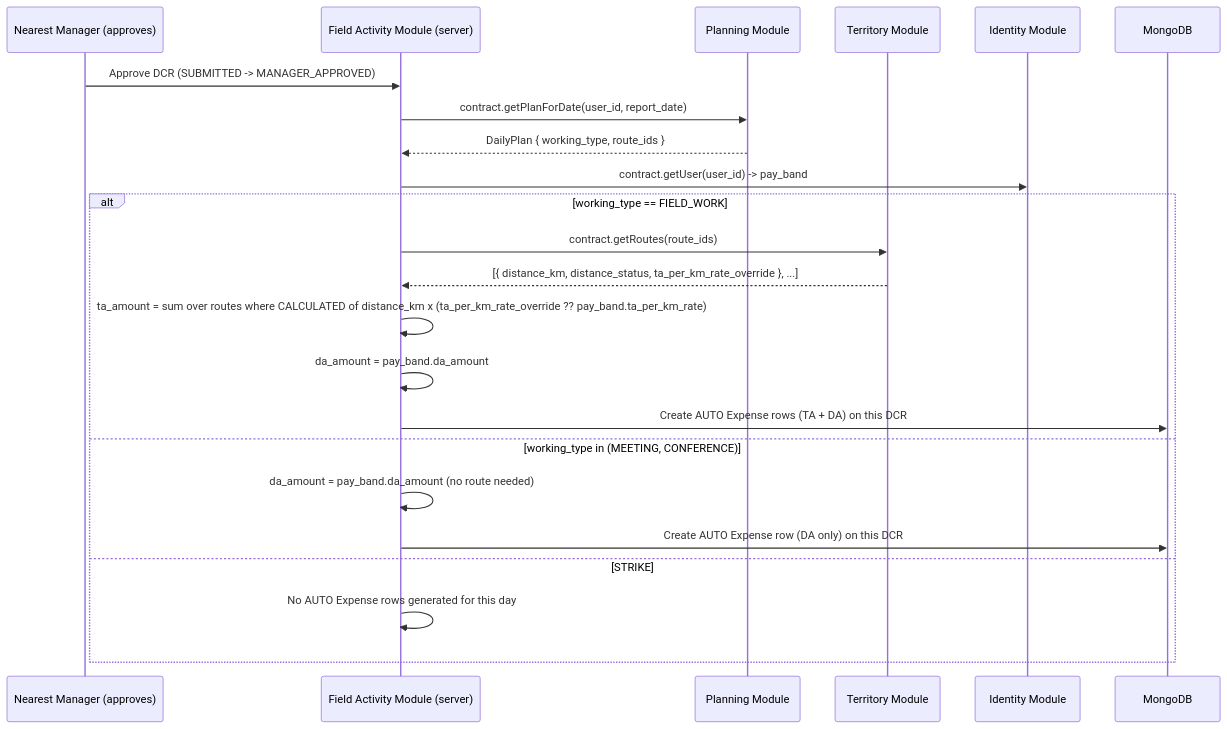
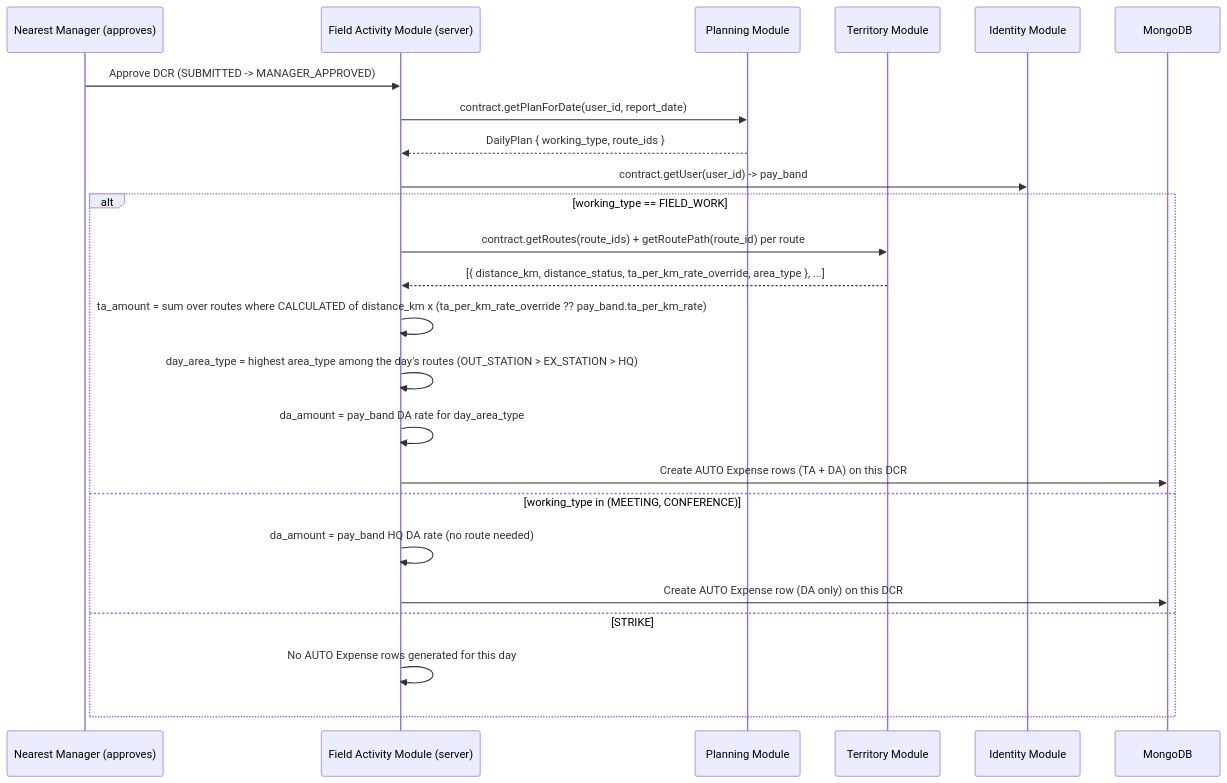
The diagram in docs/hld/06-ta-da-auto-calculation.md (reboot-ai-private-limited/greynote), drawn with Mermaid before and after one commit. The commit also changed other lines of this file and 10 other files, not shown here.

````diff
--- a/docs/hld/06-ta-da-auto-calculation.md
+++ b/docs/hld/06-ta-da-auto-calculation.md
@@ -13,26 +13,27 @@
 ```mermaid
 sequenceDiagram
     participant Mgr as Nearest Manager (approves)
     participant FA as Field Activity Module (server)
     participant Planning as Planning Module
     participant Territory as Territory Module
     participant Identity as Identity Module
     participant DB as MongoDB
 
     Mgr->>FA: Approve DCR (SUBMITTED -> MANAGER_APPROVED)
     FA->>Planning: contract.getPlanForDate(user_id, report_date)
     Planning-->>FA: DailyPlan { working_type, route_ids }
     FA->>Identity: contract.getUser(user_id) -> pay_band
     alt working_type == FIELD_WORK
-        FA->>Territory: contract.getRoutes(route_ids)
-        Territory-->>FA: [{ distance_km, distance_status, ta_per_km_rate_override }, ...]
+        FA->>Territory: contract.getRoutes(route_ids) + getRoutePath(route_id) per route
+        Territory-->>FA: [{ distance_km, distance_status, ta_per_km_rate_override, area_type }, ...]
         FA->>FA: ta_amount = sum over routes where CALCULATED of distance_km x (ta_per_km_rate_override ?? pay_band.ta_per_km_rate)
-        FA->>FA: da_amount = pay_band.da_amount
+        FA->>FA: day_area_type = highest area_type among the day's routes (OUT_STATION > EX_STATION > HQ)
+        FA->>FA: da_amount = pay_band DA rate for day_area_type
         FA->>DB: Create AUTO Expense rows (TA + DA) on this DCR
     else working_type in (MEETING, CONFERENCE)
-        FA->>FA: da_amount = pay_band.da_amount (no route needed)
+        FA->>FA: da_amount = pay_band HQ DA rate (no route needed)
         FA->>DB: Create AUTO Expense row (DA only) on this DCR
     else STRIKE
         FA->>FA: No AUTO Expense rows generated for this day
     end
 ```
````
